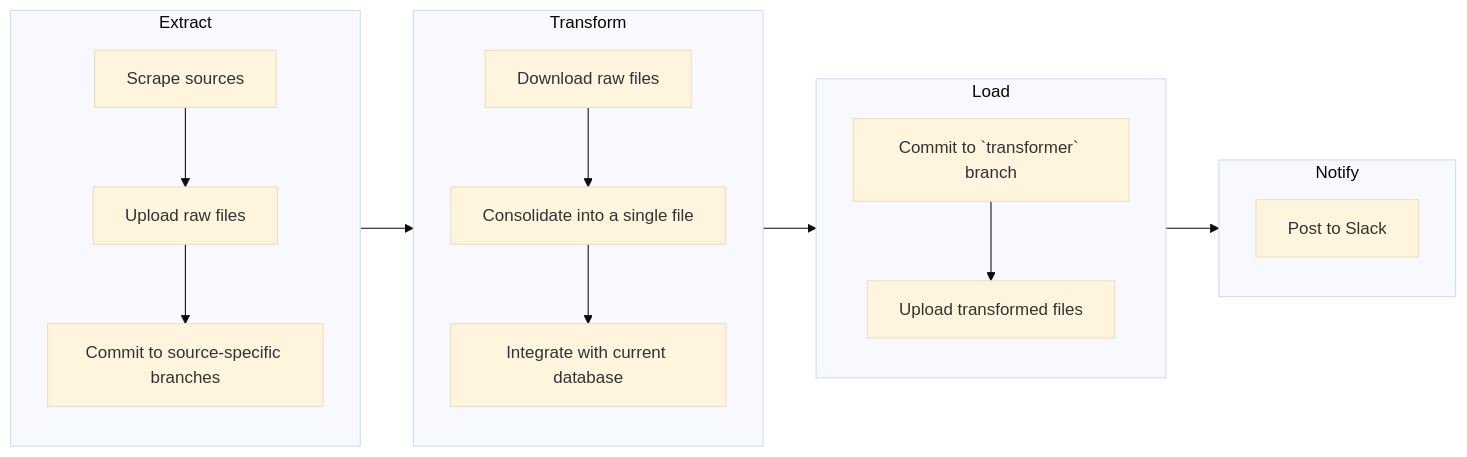
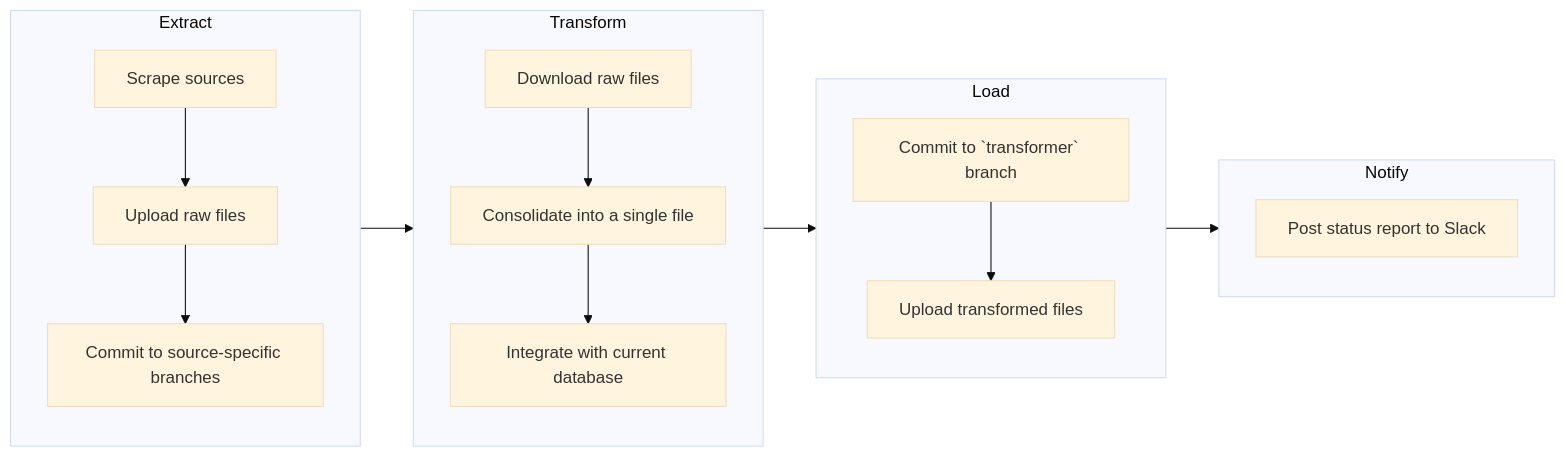
Before and after one commit to biglocalnews/warn-github-flow: the diagram in README.md, drawn with Mermaid (base theme).

````diff
--- a/README.md
+++ b/README.md
@@ -12,20 +12,20 @@
 ```mermaid
 flowchart LR
     subgraph Extract
     A[Scrape sources] --> B[Upload raw files]
     B --> C[Commit to source-specific branches]
     end
     subgraph Transform
     D[Download raw files] --> E[Consolidate into a single file]
     E --> F[Integrate with current database]
     end
     subgraph Load
     H[Commit to `transformer` branch] --> I[Upload transformed files]
     end
     subgraph Notify
-    J[Post to Slack]
+    J[Post status report to Slack]
     end
     Extract --> Transform
     Transform --> Load
     Load --> Notify
 ```
````
